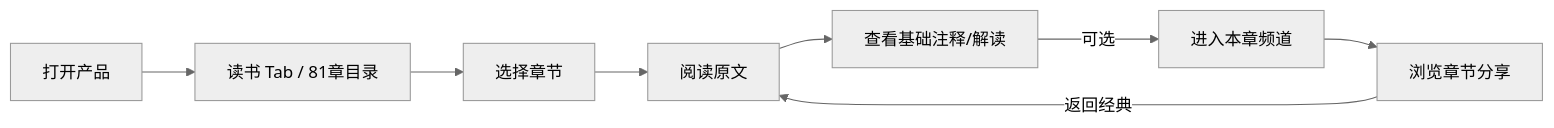
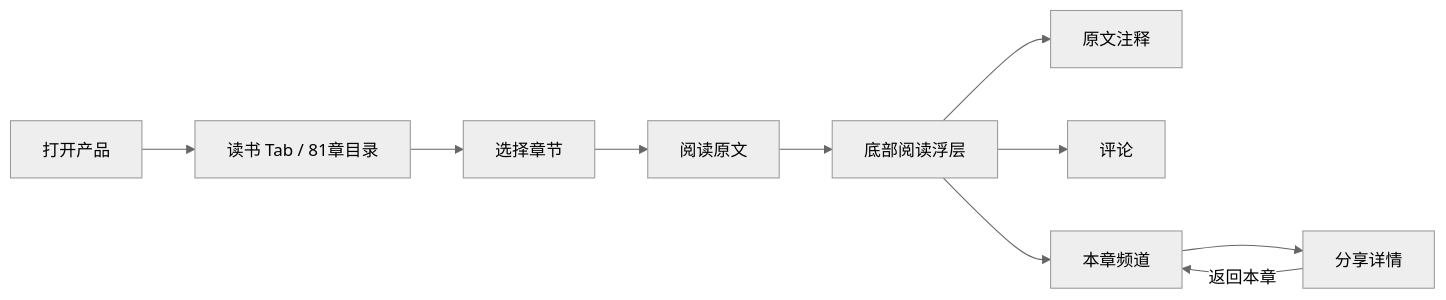
The second of 6 diagrams in docs/product-page-flow-spec.md (yipengmu/daodejing), drawn with Mermaid (neutral theme) before and after one commit. The commit also changed other lines of this file and 36 other files, not shown here.

````diff
--- a/docs/product-page-flow-spec.md
+++ b/docs/product-page-flow-spec.md
@@ -190,10 +190,12 @@
 ```mermaid
 flowchart LR
   Start[打开产品] --> ReadHome[读书 Tab / 81章目录]
   ReadHome --> Chapter[选择章节]
   Chapter --> Read[阅读原文]
-  Read --> Notes[查看基础注释/解读]
-  Notes -->|可选| Channel[进入本章频道]
-  Channel --> ShareDetail[浏览章节分享]
-  ShareDetail -->|返回经典| Read
+  Read --> Drawer[底部阅读浮层]
+  Drawer --> Notes[原文注释]
+  Drawer --> Marks[评论]
+  Drawer --> Channel[本章频道]
+  Channel --> ShareDetail[分享详情]
+  ShareDetail -->|返回本章| Channel
 ```
````
